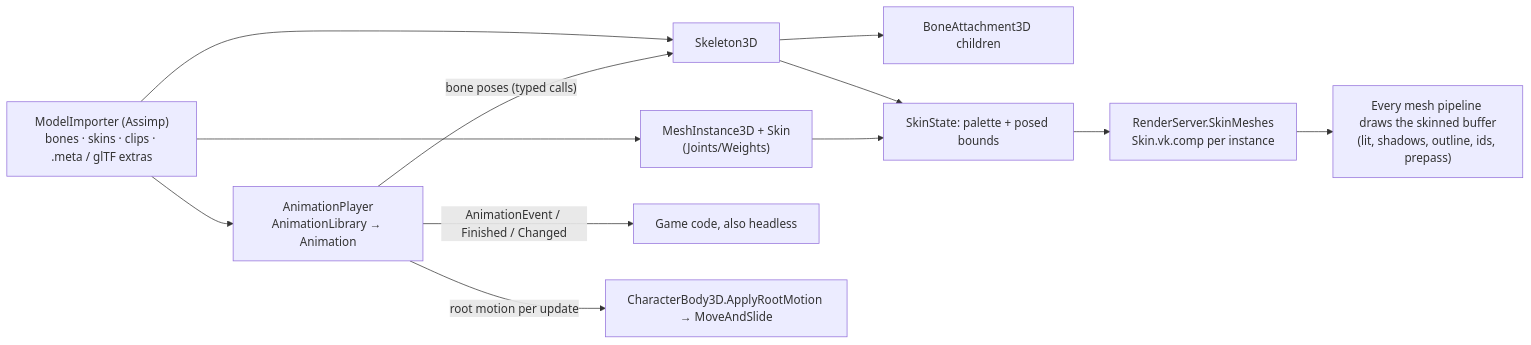
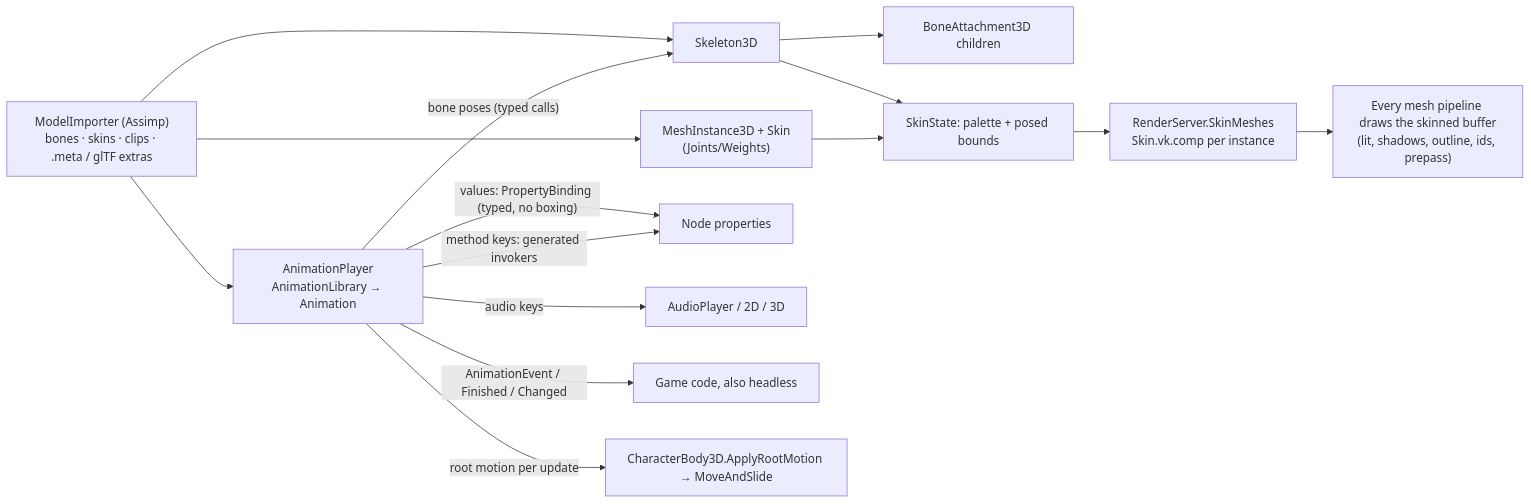
Before and after one commit to Mainframe-Games/mainframe-engine: the first of 2 diagrams in docs/design/animation.md, drawn with Mermaid. The commit also changed other lines of this file and 136 other files, not shown here.

````diff
--- a/docs/design/animation.md
+++ b/docs/design/animation.md
@@ -12,14 +13,17 @@
 ```mermaid
 flowchart LR
     I["ModelImporter (Assimp)<br/>bones · skins · clips · .meta / glTF extras"] --> S[Skeleton3D]
     I --> M["MeshInstance3D + Skin<br/>(Joints/Weights)"]
     I --> P["AnimationPlayer<br/>AnimationLibrary → Animation"]
     P -->|"bone poses (typed calls)"| S
+    P -->|"values: PropertyBinding (typed, no boxing)"| V[Node properties]
+    P -->|"method keys: generated invokers"| V
+    P -->|"audio keys"| U["AudioPlayer / 2D / 3D"]
     P -->|"AnimationEvent / Finished / Changed"| G[Game code, also headless]
     P -->|"root motion per update"| B["CharacterBody3D.ApplyRootMotion → MoveAndSlide"]
     S --> A[BoneAttachment3D children]
     S --> K["SkinState: palette + posed bounds"]
     M --> K
     K --> C["RenderServer.SkinMeshes<br/>Skin.vk.comp per instance"]
     C --> D["Every mesh pipeline draws the skinned buffer<br/>(lit, shadows, outline, ids, prepass)"]
 ```
````
